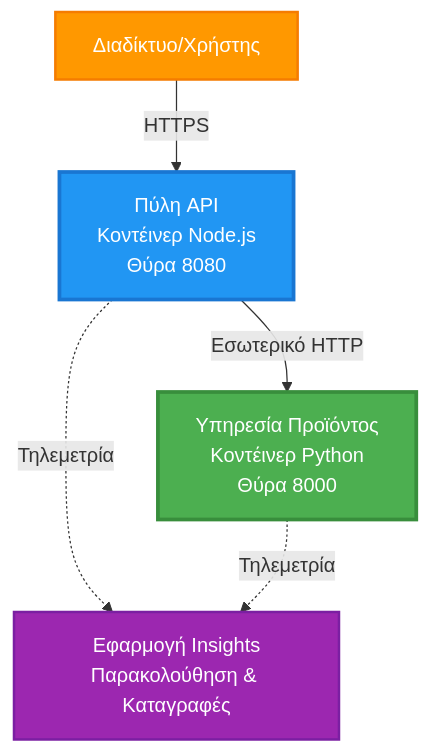
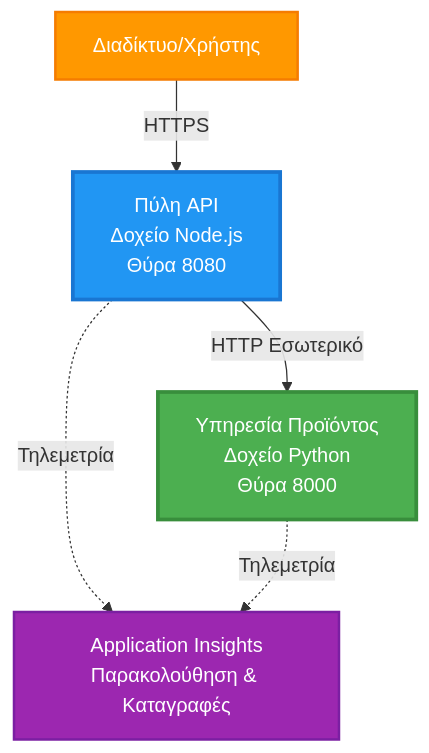
One commit to microsoft/AZD-for-beginners changed the first of 4 diagrams in translations/el/examples/microservices/README.md. Above: the diagram before and after it, drawn with Mermaid. The commit also changed other lines of this file and 242 other files, not shown here.

````diff
--- a/translations/el/examples/microservices/README.md
+++ b/translations/el/examples/microservices/README.md
@@ -40,17 +31,17 @@
 ```mermaid
 graph TB
     Internet[Διαδίκτυο/Χρήστης]
-    Gateway[Πύλη API<br/>Κοντέινερ Node.js<br/>Θύρα 8080]
-    Product[Υπηρεσία Προϊόντος<br/>Κοντέινερ Python<br/>Θύρα 8000]
-    AppInsights[Εφαρμογή Insights<br/>Παρακολούθηση & Καταγραφές]
+    Gateway[Πύλη API<br/>Δοχείο Node.js<br/>Θύρα 8080]
+    Product[Υπηρεσία Προϊόντος<br/>Δοχείο Python<br/>Θύρα 8000]
+    AppInsights[Application Insights<br/>Παρακολούθηση & Καταγραφές]
     
     Internet -->|HTTPS| Gateway
-    Gateway -->|Εσωτερικό HTTP| Product
+    Gateway -->|HTTP Εσωτερικό| Product
     Gateway -.->|Τηλεμετρία| AppInsights
     Product -.->|Τηλεμετρία| AppInsights
     
     style Gateway fill:#2196F3,stroke:#1976D2,stroke-width:3px,color:#fff
     style Product fill:#4CAF50,stroke:#388E3C,stroke-width:3px,color:#fff
     style Internet fill:#FF9800,stroke:#F57C00,stroke-width:2px,color:#fff
     style AppInsights fill:#9C27B0,stroke:#7B1FA2,stroke-width:2px,color:#fff
 ```
````
